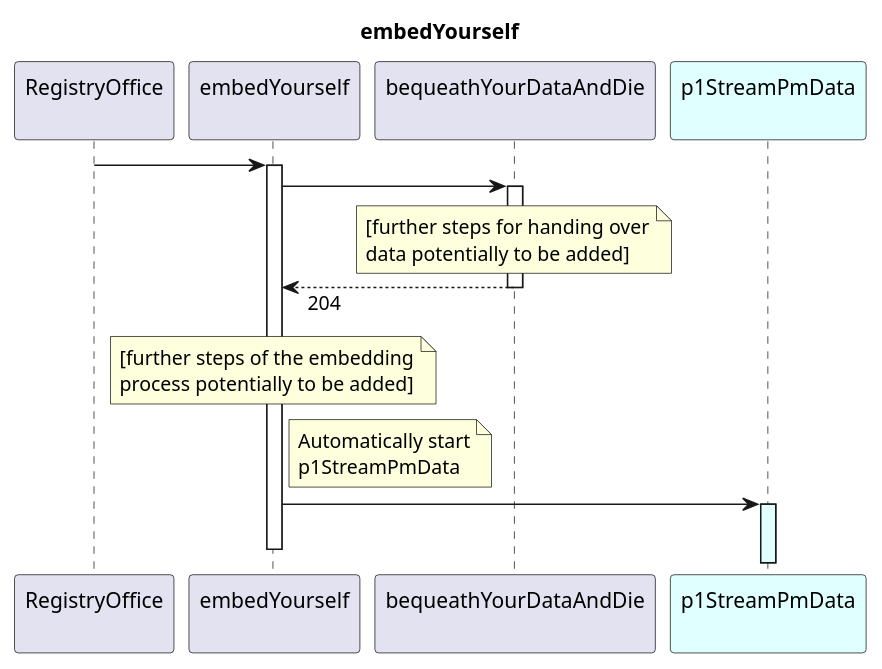
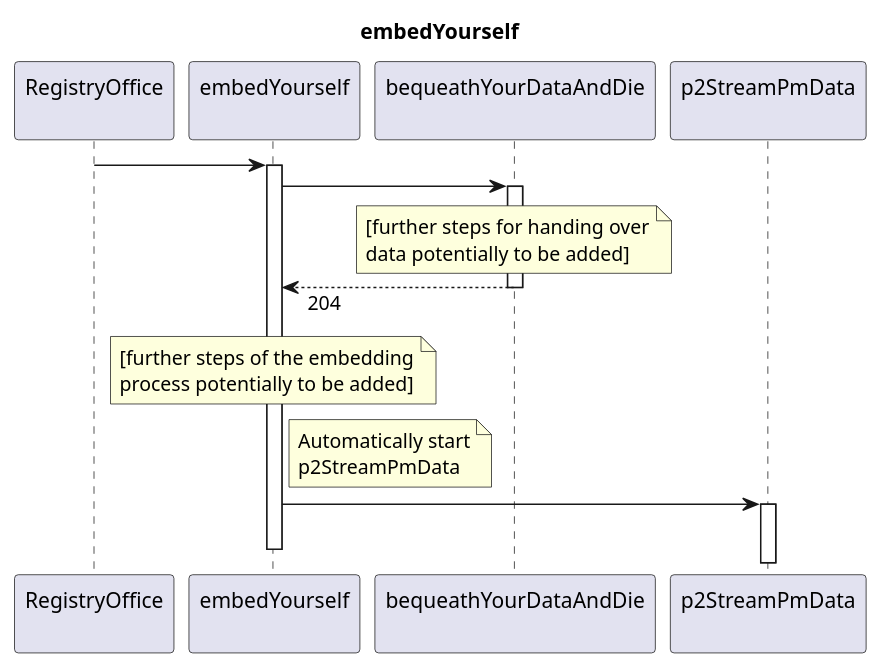
One commit to openBackhaul/DevicePerformanceManagementDataProcessor changed the diagram in spec/Services/embedYourself/1.0.0/embedYourself.plantuml. Above: the diagram before and after it, drawn with PlantUML. The commit also changed 25 other files, not shown here.

```diff
--- a/spec/Services/embedYourself/1.0.0/embedYourself.plantuml
+++ b/spec/Services/embedYourself/1.0.0/embedYourself.plantuml
@@ -1,41 +1,41 @@
 @startuml embedYourself
 skinparam responseMessageBelowArrow true
 
 title
   embedYourself
 end title
 
 participant "RegistryOffice\n" as RO
 participant "embedYourself\n" as embed
 participant "bequeathYourDataAndDie\n" as bequeath
 
-participant "p1StreamPmData\n" as p1RMWDI #LightCyan
+participant "p2StreamPmData\n" as p2Stream
 
 
 RO -> embed
 activate embed
 
   embed -> bequeath
   activate bequeath
     note over bequeath
       [further steps for handing over
       data potentially to be added]
     end note
   embed <-- bequeath : 204
   deactivate bequeath
 
   note over embed
     [further steps of the embedding
     process potentially to be added]
   end note
 
   note right embed
     Automatically start
-    p1StreamPmData
+    p2StreamPmData
   end note
-  embed -> p1RMWDI
-  activate p1RMWDI #LightCyan
+  embed -> p2Stream
+  activate p2Stream
 
 deactivate embed
 
 @enduml
```
